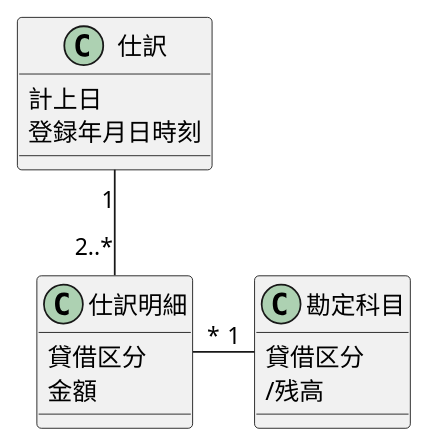
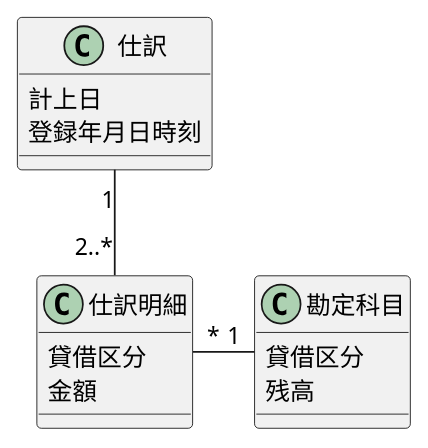
The diagram in ch06/excercise/6-2.puml (yinm/uml-modeling-lesson), drawn with PlantUML before and after one commit. The commit also changed 3 other files, not shown here.

```diff
--- a/ch06/excercise/6-2.puml
+++ b/ch06/excercise/6-2.puml
@@ -1,21 +1,21 @@
 @startuml
 
 class 仕訳 {
   計上日
   登録年月日時刻
 }
 
 class 仕訳明細 {
   貸借区分
   金額
 }
 
 class 勘定科目 {
   貸借区分
-  /残高
+  残高
 }
 
 仕訳 "1"--"2..*" 仕訳明細
 仕訳明細 "*"-r-"1" 勘定科目
 
 @enduml
```
